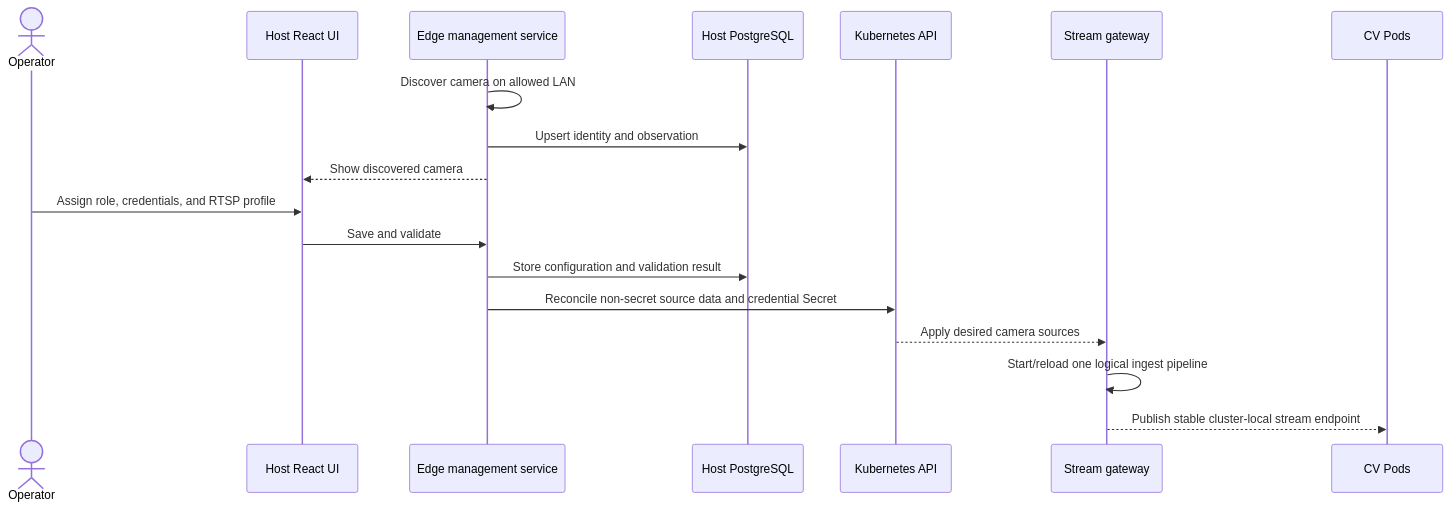
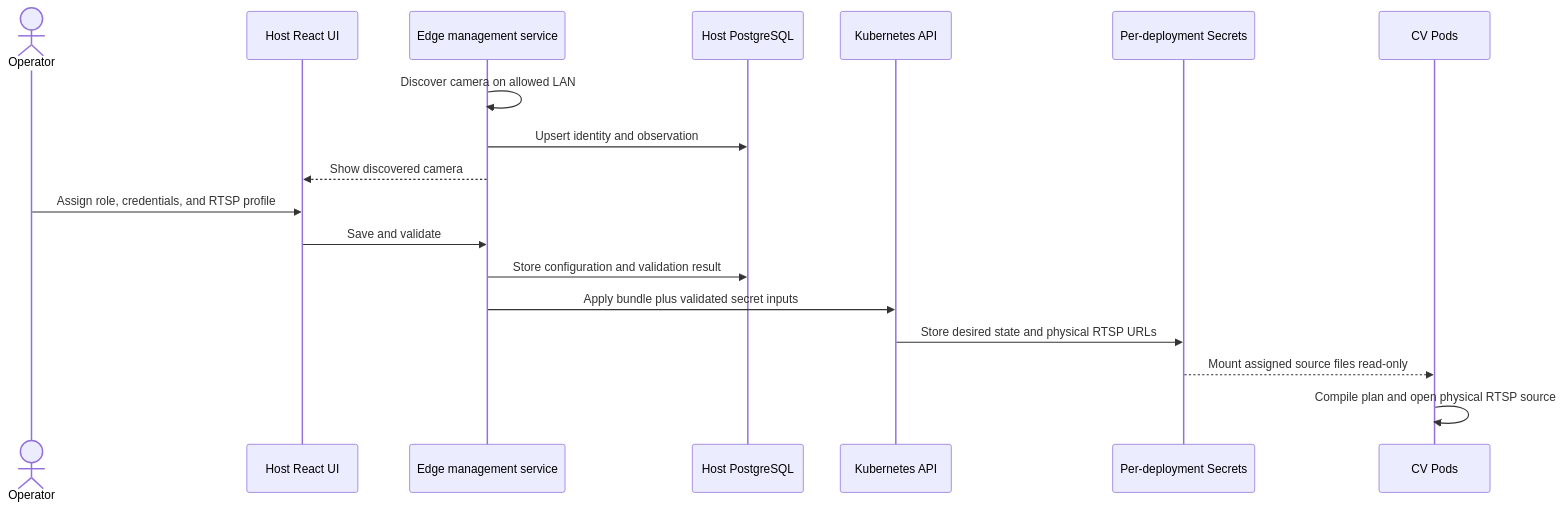
The third of 4 diagrams in HLD.md (sayandip-apexflo/tvt-prototype), drawn with Mermaid before and after one commit. The commit also changed other lines of this file and 42 other files, not shown here.

````diff
--- a/HLD.md
+++ b/HLD.md
@@ -336,21 +347,21 @@
 ```mermaid
 sequenceDiagram
     actor Operator
     participant UI as Host React UI
     participant Edge as Edge management service
     participant DB as Host PostgreSQL
     participant API as Kubernetes API
-    participant Gateway as Stream gateway
+    participant Secrets as Per-deployment Secrets
     participant CV as CV Pods
 
     Edge->>Edge: Discover camera on allowed LAN
     Edge->>DB: Upsert identity and observation
     Edge-->>UI: Show discovered camera
     Operator->>UI: Assign role, credentials, and RTSP profile
     UI->>Edge: Save and validate
     Edge->>DB: Store configuration and validation result
-    Edge->>API: Reconcile non-secret source data and credential Secret
-    API-->>Gateway: Apply desired camera sources
-    Gateway->>Gateway: Start/reload one logical ingest pipeline
-    Gateway-->>CV: Publish stable cluster-local stream endpoint
+    Edge->>API: Apply bundle plus validated secret inputs
+    API->>Secrets: Store desired state and physical RTSP URLs
+    Secrets-->>CV: Mount assigned source files read-only
+    CV->>CV: Compile plan and open physical RTSP source
 ```
````
